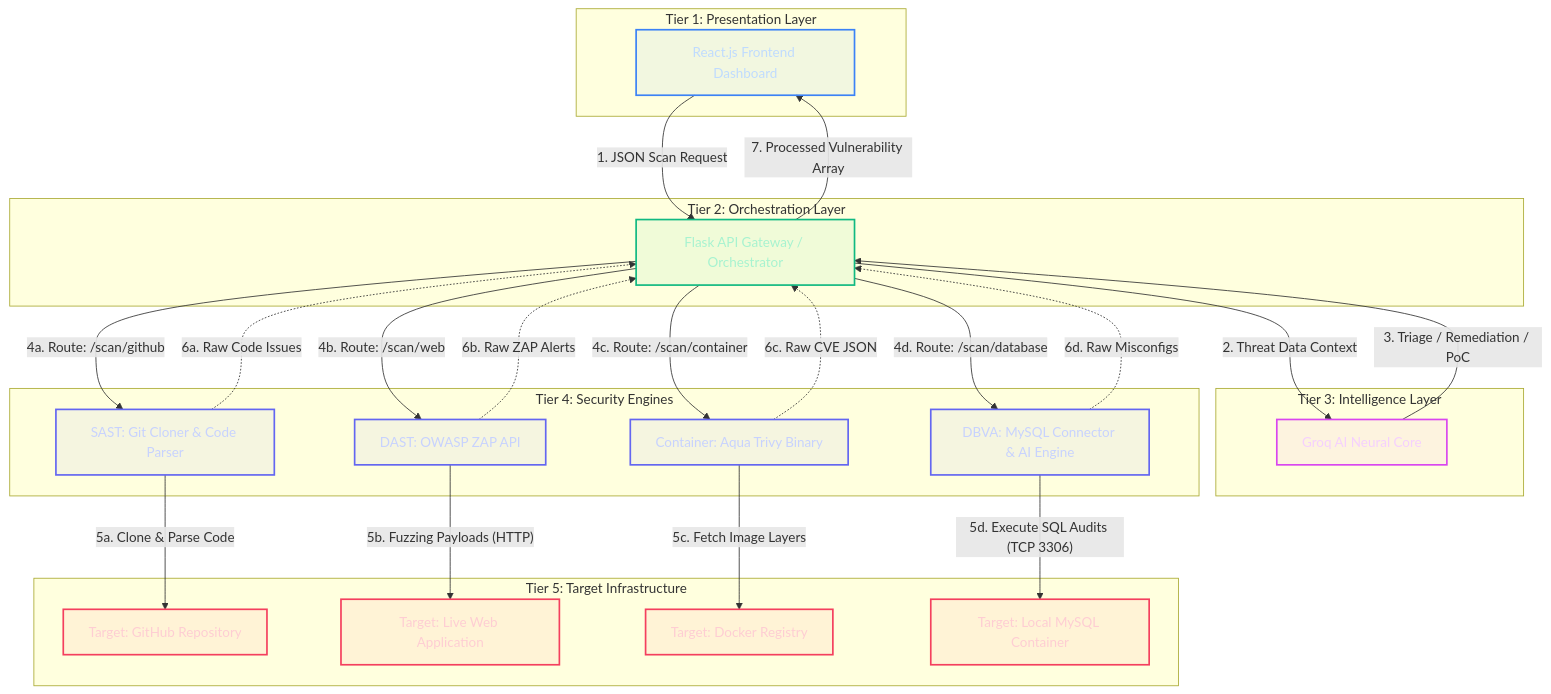
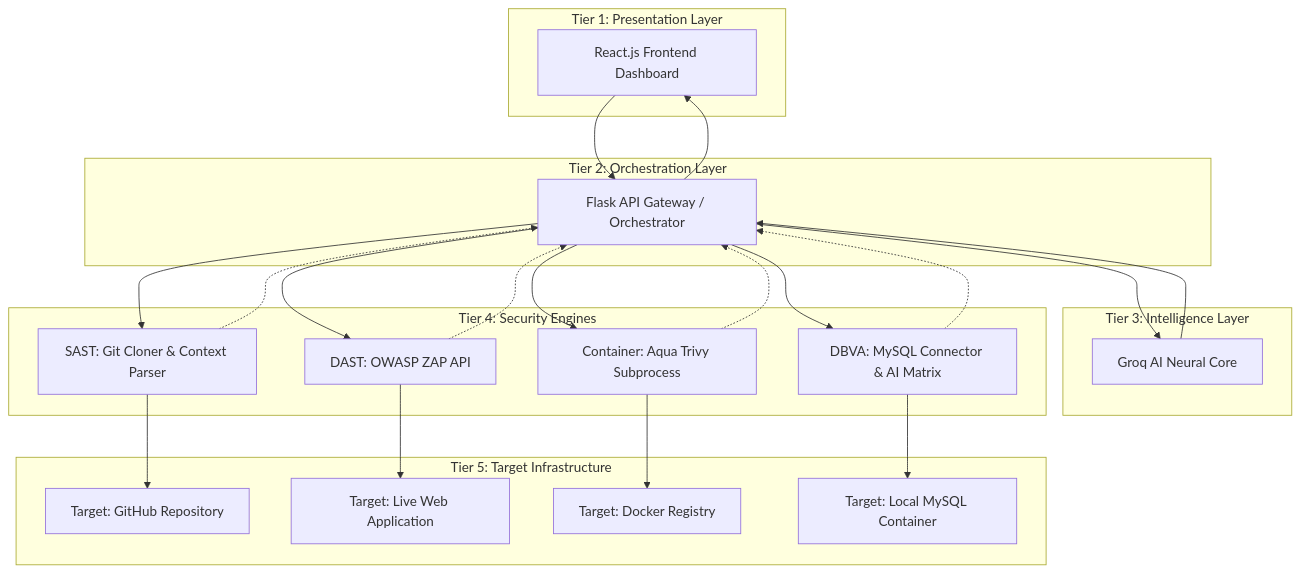
Before and after one commit to ManavR26/Nexus-Sec: the diagram in README.md, drawn with Mermaid. The commit also changed other lines of this file, not shown here.

````diff
--- a/README.md
+++ b/README.md
@@ -35,69 +72,49 @@
 ```mermaid
 graph TD
-    %% Presentation Layer
     subgraph Tier 1: Presentation Layer
         UI[React.js Frontend Dashboard]
     end
 
-    %% Orchestration Layer
     subgraph Tier 2: Orchestration Layer
         API[Flask API Gateway / Orchestrator]
     end
 
-    %% Intelligence Layer
     subgraph Tier 3: Intelligence Layer
         LLM[Groq AI Neural Core]
     end
 
-    %% Security Engines
     subgraph Tier 4: Security Engines
-        SAST[SAST: Git Cloner & Code Parser]
+        SAST[SAST: Git Cloner & Context Parser]
         DAST[DAST: OWASP ZAP API]
-        CONT[Container: Aqua Trivy Binary]
-        DBVA[DBVA: MySQL Connector & AI Engine]
+        CONT[Container: Aqua Trivy Subprocess]
+        DBVA[DBVA: MySQL Connector & AI Matrix]
     end
 
-    %% Target Infrastructure
     subgraph Tier 5: Target Infrastructure
         T_GIT[Target: GitHub Repository]
         T_WEB[Target: Live Web Application]
         T_DOC[Target: Docker Registry]
         T_DB[Target: Local MySQL Container]
     end
 
-    %% ARROWS - Data Flow
-    UI -- "1. JSON Scan Request" --> API
-    
-    API -- "2. Threat Data Context" --> LLM
-    LLM -- "3. Triage / Remediation / PoC" --> API
-    
-    API -- "4a. Route: /scan/github" --> SAST
-    API -- "4b. Route: /scan/web" --> DAST
-    API -- "4c. Route: /scan/container" --> CONT
-    API -- "4d. Route: /scan/database" --> DBVA
+    UI --> API
+    API --> LLM
+    LLM --> API
 
-    SAST -- "5a. Clone & Parse Code" --> T_GIT
-    DAST -- "5b. Fuzzing Payloads (HTTP)" --> T_WEB
-    CONT -- "5c. Fetch Image Layers" --> T_DOC
-    DBVA -- "5d. Execute SQL Audits (TCP 3306)" --> T_DB
+    API --> SAST
+    API --> DAST
+    API --> CONT
+    API --> DBVA
 
-    SAST -. "6a. Raw Code Issues" .-> API
-    DAST -. "6b. Raw ZAP Alerts" .-> API
-    CONT -. "6c. Raw CVE JSON" .-> API
-    DBVA -. "6d. Raw Misconfigs" .-> API
+    SAST --> T_GIT
+    DAST --> T_WEB
+    CONT --> T_DOC
+    DBVA --> T_DB
 
-    API -- "7. Processed Vulnerability Array" --> UI
+    SAST -.-> API
+    DAST -.-> API
+    CONT -.-> API
+    DBVA -.-> API
 
-    classDef default fill:#09090b,stroke:#27272a,stroke-width:2px,color:#f4f4f5;
-    classDef react fill:#3b82f610,stroke:#3b82f6,color:#bfdbfe;
-    classDef flask fill:#10b98110,stroke:#10b981,color:#a7f3d0;
-    classDef ai fill:#d946ef10,stroke:#d946ef,color:#f5d0fe;
-    classDef engine fill:#6366f110,stroke:#6366f1,color:#c7d2fe;
-    classDef target fill:#f43f5e10,stroke:#f43f5e,color:#fecdd3;
-
-    class UI react;
-    class API flask;
-    class LLM ai;
-    class SAST,DAST,CONT,DBVA engine;
-    class T_GIT,T_WEB,T_DOC,T_DB target;
+    API --> UI
 ```
````
